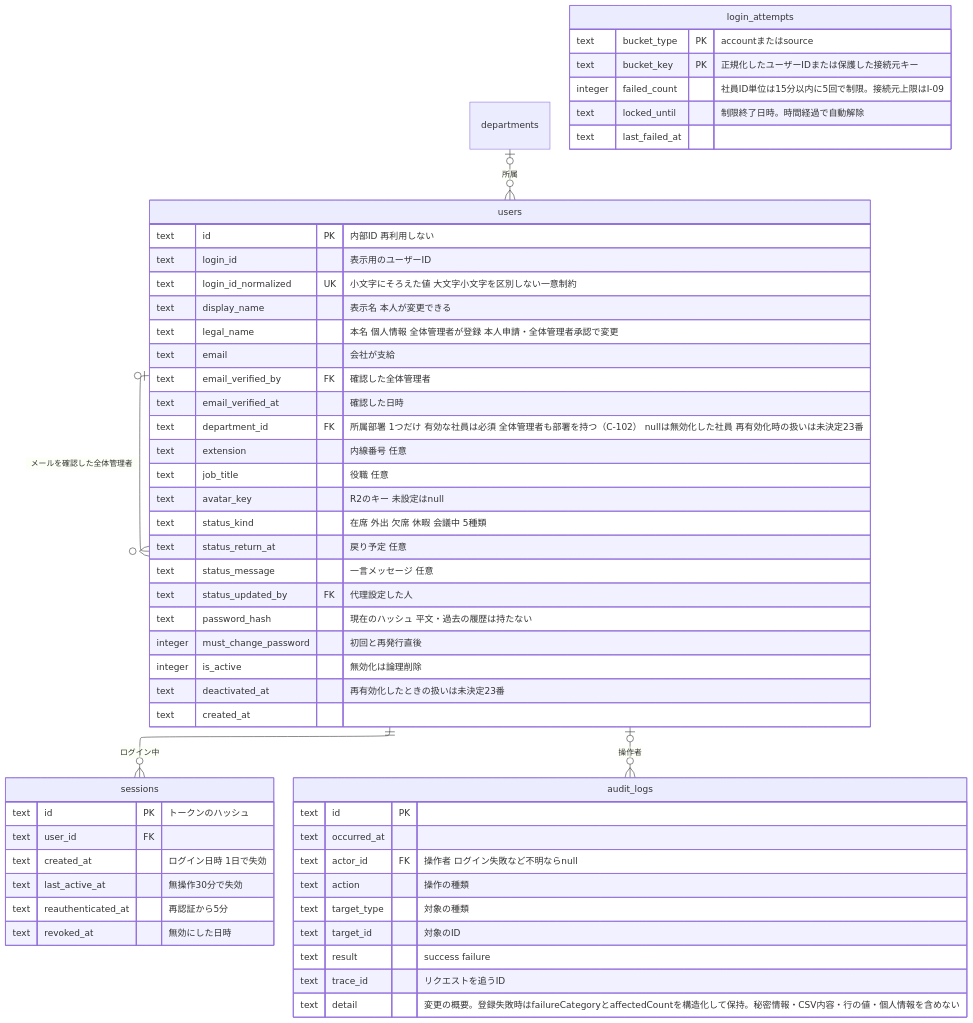
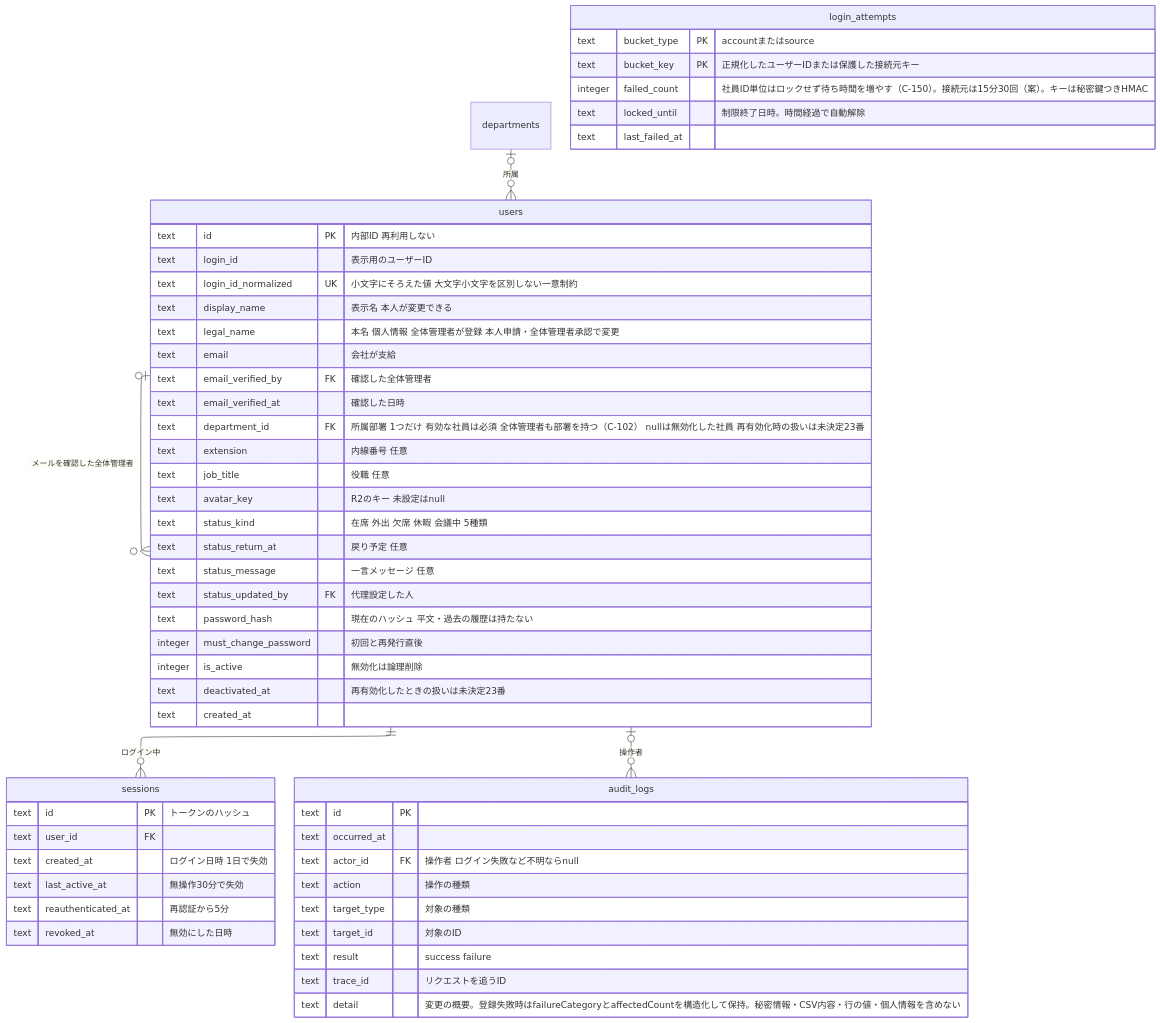
One commit to yamamotonaoki3/internal-system changed the fifth of 8 diagrams in docs/requirements/data-model.md. Above: the diagram before and after it, drawn with Mermaid. The commit also changed other lines of this file and 32 other files, not shown here.

````diff
--- a/docs/requirements/data-model.md
+++ b/docs/requirements/data-model.md
@@ -169,61 +169,61 @@
 ```mermaid
 ---
 config:
   layout: elk
 ---
 erDiagram
     departments |o--o{ users : "所属"
     users ||--o{ sessions : "ログイン中"
     users |o--o{ audit_logs : "操作者"
     users |o--o{ users : "メールを確認した全体管理者"
 
     users {
         text id PK "内部ID 再利用しない"
         text login_id "表示用のユーザーID"
         text login_id_normalized UK "小文字にそろえた値 大文字小文字を区別しない一意制約"
         text display_name "表示名 本人が変更できる"
         text legal_name "本名 個人情報 全体管理者が登録 本人申請・全体管理者承認で変更"
         text email "会社が支給"
         text email_verified_by FK "確認した全体管理者"
         text email_verified_at "確認した日時"
         text department_id FK "所属部署 1つだけ 有効な社員は必須 全体管理者も部署を持つ（C-102） nullは無効化した社員 再有効化時の扱いは未決定23番"
         text extension "内線番号 任意"
         text job_title "役職 任意"
         text avatar_key "R2のキー 未設定はnull"
         text status_kind "在席 外出 欠席 休暇 会議中 5種類"
         text status_return_at "戻り予定 任意"
         text status_message "一言メッセージ 任意"
         text status_updated_by FK "代理設定した人"
         text password_hash "現在のハッシュ 平文・過去の履歴は持たない"
         integer must_change_password "初回と再発行直後"
         integer is_active "無効化は論理削除"
         text deactivated_at "再有効化したときの扱いは未決定23番"
         text created_at
     }
     sessions {
         text id PK "トークンのハッシュ"
         text user_id FK
         text created_at "ログイン日時 1日で失効"
         text last_active_at "無操作30分で失効"
         text reauthenticated_at "再認証から5分"
         text revoked_at "無効にした日時"
     }
     login_attempts {
         text bucket_type PK "accountまたはsource"
         text bucket_key PK "正規化したユーザーIDまたは保護した接続元キー"
-        integer failed_count "社員ID単位は15分以内に5回で制限。接続元上限はI-09"
+        integer failed_count "社員ID単位はロックせず待ち時間を増やす（C-150）。接続元は15分30回（案）。キーは秘密鍵つきHMAC"
         text locked_until "制限終了日時。時間経過で自動解除"
         text last_failed_at
     }
     audit_logs {
         text id PK
         text occurred_at
         text actor_id FK "操作者 ログイン失敗など不明ならnull"
         text action "操作の種類"
         text target_type "対象の種類"
         text target_id "対象のID"
         text result "success failure"
         text trace_id "リクエストを追うID"
         text detail "変更の概要。登録失敗時はfailureCategoryとaffectedCountを構造化して保持。秘密情報・CSV内容・行の値・個人情報を含めない"
     }
 ```
````
